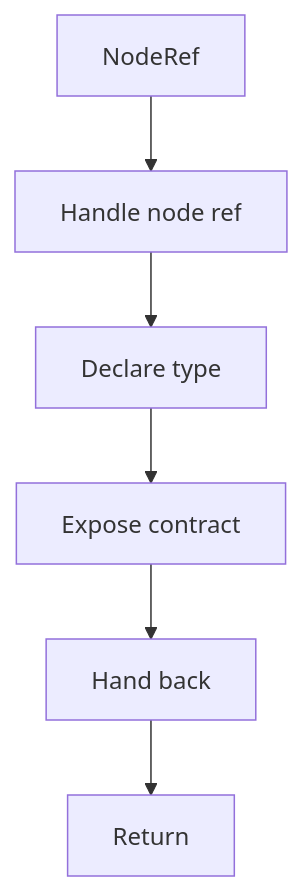
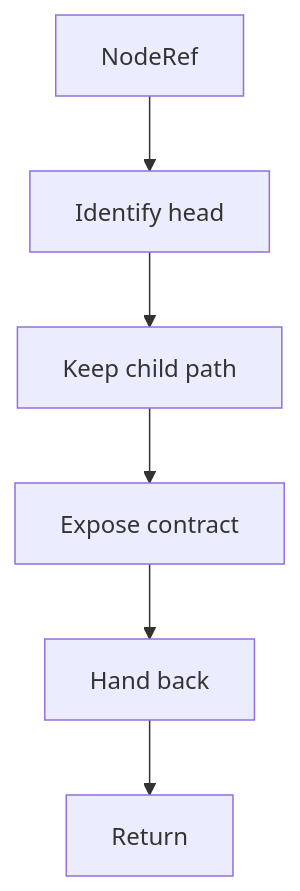
Before and after one commit to JohnAndrewBalbarosa/NeoTerritory: the diagram in docs/Codebase/Microservice/Modules/Header/HashingMechanism/HashLinks/Flow/functions/noderef.hpp.md, drawn with Mermaid. The commit also changed other lines of this file and 147 other files, not shown here.

````diff
--- a/docs/Codebase/Microservice/Modules/Header/HashingMechanism/HashLinks/Flow/functions/noderef.hpp.md
+++ b/docs/Codebase/Microservice/Modules/Header/HashingMechanism/HashLinks/Flow/functions/noderef.hpp.md
@@ -16,14 +21,14 @@
 ```mermaid
 flowchart TD
     Start["NodeRef"]
-    N0["Handle node ref"]
-    N1["Declare type"]
+    N0["Identify head"]
+    N1["Keep child path"]
     N2["Expose contract"]
     N3["Hand back"]
     End["Return"]
     Start --> N0
     N0 --> N1
     N1 --> N2
     N2 --> N3
     N3 --> End
 ```
````
